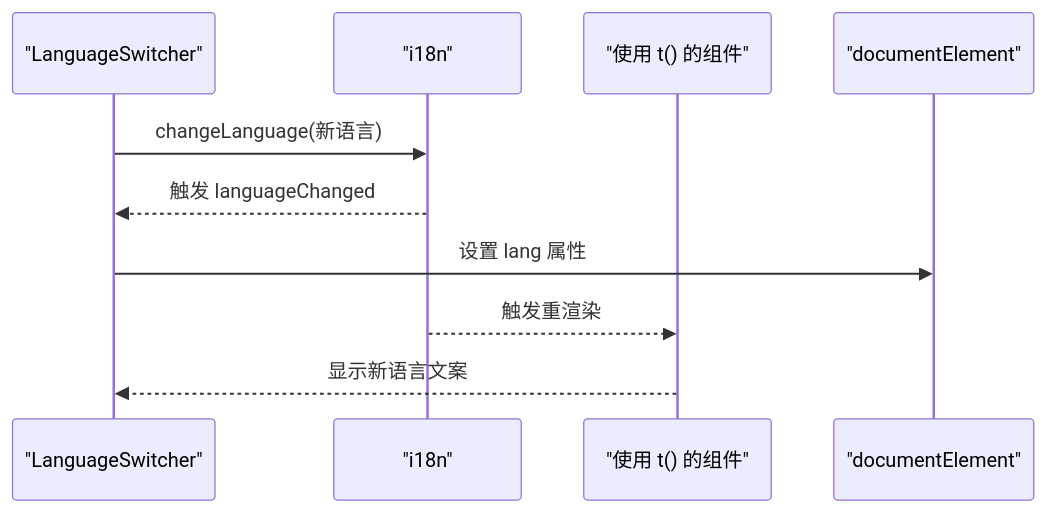
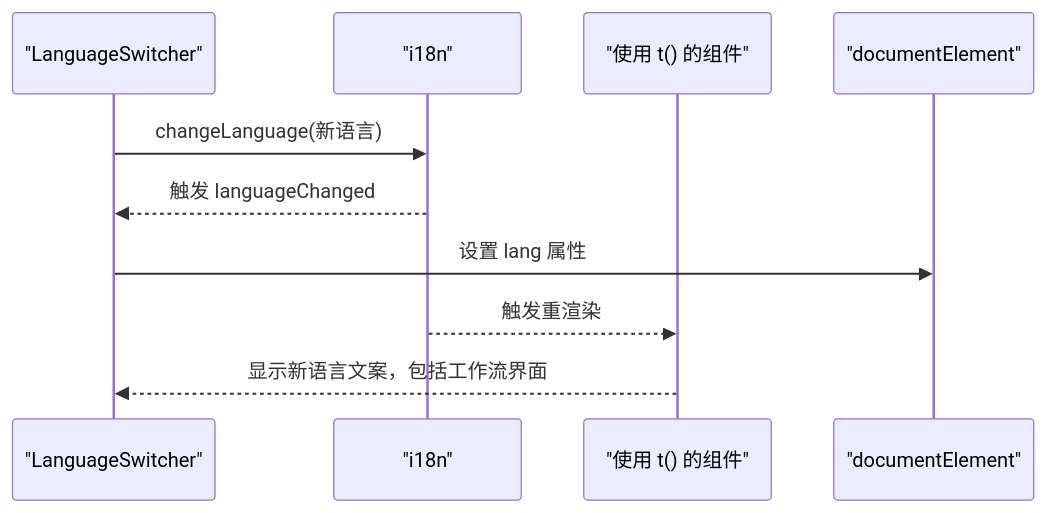
Before and after one commit to gongzeq/VAPT3: the sixth of 10 diagrams in .qoder/repowiki/zh/content/WebUI前端系统/国际化(i18n)系统.md, drawn with Mermaid. The commit also changed other lines of this file and 33 other files, not shown here.

````diff
--- a/.qoder/repowiki/zh/content/WebUI前端系统/国际化(i18n)系统.md
+++ b/.qoder/repowiki/zh/content/WebUI前端系统/国际化(i18n)系统.md
@@ -199,12 +243,12 @@
 ```mermaid
 sequenceDiagram
 participant UI as "LanguageSwitcher"
 participant I18N as "i18n"
 participant COMP as "使用 t() 的组件"
 participant DOC as "documentElement"
 UI->>I18N : changeLanguage(新语言)
 I18N-->>UI : 触发 languageChanged
 UI->>DOC : 设置 lang 属性
 I18N-->>COMP : 触发重渲染
-COMP-->>UI : 显示新语言文案
+COMP-->>UI : 显示新语言文案，包括工作流界面
 ```
````
